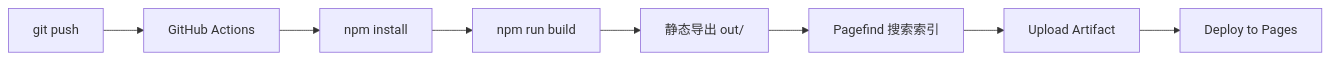
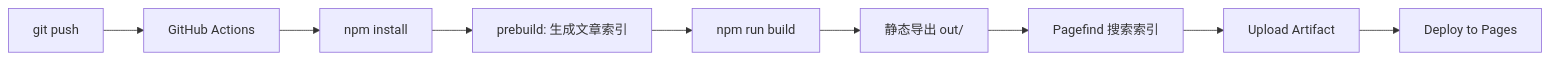
The diagram in README.md (SanshuiBot/sanshui-blog), drawn with Mermaid before and after one commit. The commit also changed other lines of this file, not shown here.

````diff
--- a/README.md
+++ b/README.md
@@ -170,10 +175,11 @@
 ```mermaid
 graph LR
   A[git push] --> B[GitHub Actions]
   B --> C[npm install]
-  C --> D[npm run build]
-  D --> E[静态导出 out/]
-  E --> F[Pagefind 搜索索引]
-  F --> G[Upload Artifact]
-  G --> H[Deploy to Pages]
+  C --> D[prebuild: 生成文章索引]
+  D --> E[npm run build]
+  E --> F[静态导出 out/]
+  F --> G[Pagefind 搜索索引]
+  G --> H[Upload Artifact]
+  H --> I[Deploy to Pages]
 ```
````
